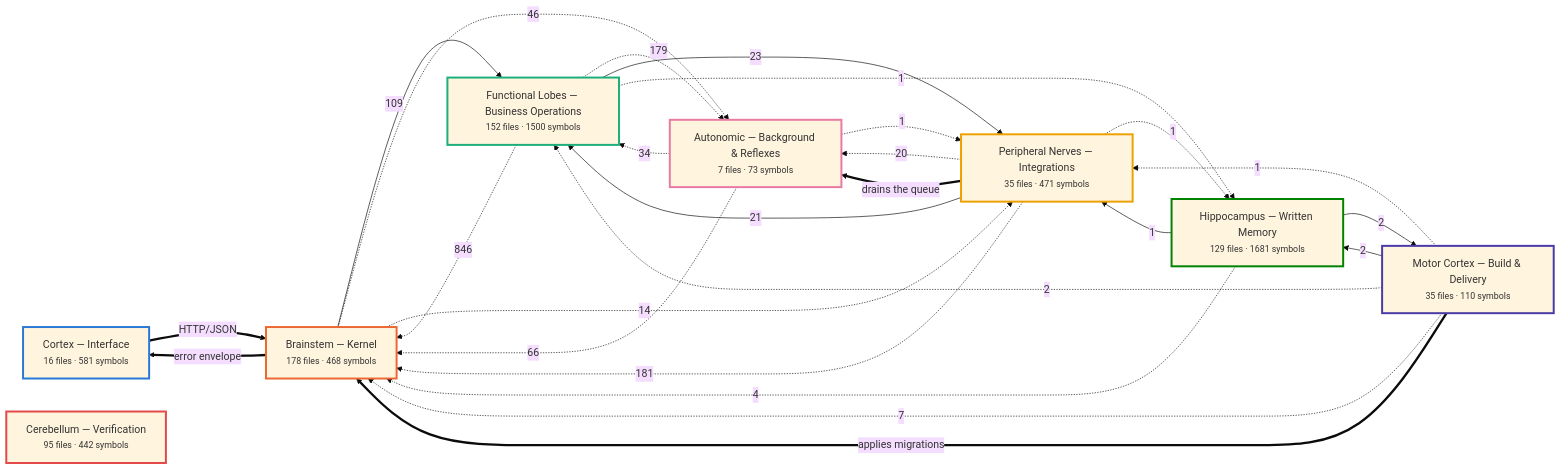
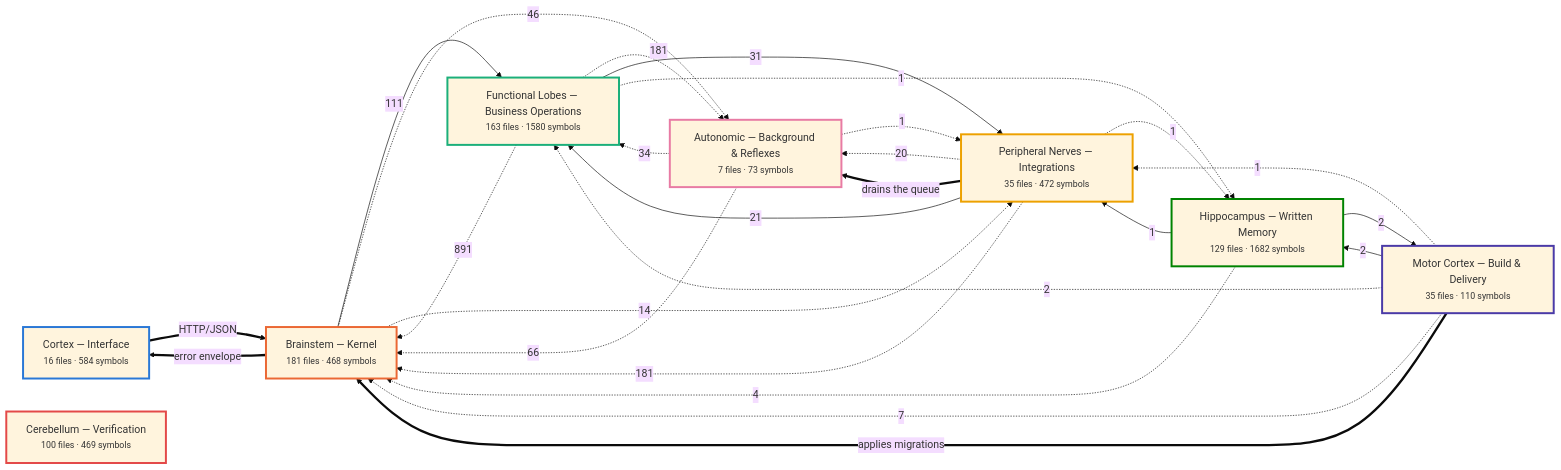
Before and after one commit to Vishalnayak226/custom_erp: the first of 7 diagrams in docs/brain/BRAIN.md, drawn with Mermaid (base theme). The commit also changed other lines of this file and 12 other files, not shown here.

````diff
--- a/docs/brain/BRAIN.md
+++ b/docs/brain/BRAIN.md
@@ -35,52 +35,52 @@
 ```mermaid
 flowchart LR
-  n_cortex["Cortex — Interface<br/><small>16 files · 581 symbols</small>"]
-  n_brainstem["Brainstem — Kernel<br/><small>178 files · 468 symbols</small>"]
-  n_business["Functional Lobes — Business Operations<br/><small>152 files · 1500 symbols</small>"]
-  n_peripheral["Peripheral Nerves — Integrations<br/><small>35 files · 471 symbols</small>"]
+  n_cortex["Cortex — Interface<br/><small>16 files · 584 symbols</small>"]
+  n_brainstem["Brainstem — Kernel<br/><small>181 files · 468 symbols</small>"]
+  n_business["Functional Lobes — Business Operations<br/><small>163 files · 1580 symbols</small>"]
+  n_peripheral["Peripheral Nerves — Integrations<br/><small>35 files · 472 symbols</small>"]
   n_autonomic["Autonomic — Background & Reflexes<br/><small>7 files · 73 symbols</small>"]
-  n_memory["Hippocampus — Written Memory<br/><small>129 files · 1681 symbols</small>"]
+  n_memory["Hippocampus — Written Memory<br/><small>129 files · 1682 symbols</small>"]
   n_motor["Motor Cortex — Build & Delivery<br/><small>35 files · 110 symbols</small>"]
-  n_verification["Cerebellum — Verification<br/><small>95 files · 442 symbols</small>"]
-  n_business -.->|846| n_brainstem
+  n_verification["Cerebellum — Verification<br/><small>100 files · 469 symbols</small>"]
+  n_business -.->|891| n_brainstem
   n_peripheral -.->|181| n_brainstem
-  n_business -.->|179| n_autonomic
-  n_brainstem -->|109| n_business
+  n_business -.->|181| n_autonomic
+  n_brainstem -->|111| n_business
   n_autonomic -.->|66| n_brainstem
   n_brainstem -.->|46| n_autonomic
   n_autonomic -.->|34| n_business
-  n_business -->|23| n_peripheral
+  n_business -->|31| n_peripheral
   n_peripheral -->|21| n_business
   n_peripheral -.->|20| n_autonomic
   n_brainstem -.->|14| n_peripheral
   n_motor -.->|7| n_brainstem
   n_memory -.->|4| n_brainstem
   n_motor -->|2| n_memory
+  n_motor -.->|2| n_business
   n_memory -->|2| n_motor
-  n_motor -.->|2| n_business
-  n_memory -->|1| n_peripheral
   n_peripheral -.->|1| n_memory
+  n_business -.->|1| n_memory
   n_autonomic -.->|1| n_peripheral
   n_motor -.->|1| n_peripheral
-  n_business -.->|1| n_memory
+  n_memory -->|1| n_peripheral
   n_brainstem ==>|error envelope| n_cortex
   n_cortex ==>|HTTP/JSON| n_brainstem
   n_motor ==>|applies migrations| n_brainstem
   n_peripheral ==>|drains the queue| n_autonomic
   classDef n_cortex stroke:#2a78d6,stroke-width:3px;
   class n_cortex n_cortex;
   classDef n_brainstem stroke:#eb6834,stroke-width:3px;
   class n_brainstem n_brainstem;
   classDef n_business stroke:#1baf7a,stroke-width:3px;
   class n_business n_business;
   classDef n_peripheral stroke:#eda100,stroke-width:3px;
   class n_peripheral n_peripheral;
   classDef n_autonomic stroke:#e87ba4,stroke-width:3px;
   class n_autonomic n_autonomic;
   classDef n_memory stroke:#008300,stroke-width:3px;
   class n_memory n_memory;
   classDef n_motor stroke:#4a3aa7,stroke-width:3px;
   class n_motor n_motor;
   classDef n_verification stroke:#e34948,stroke-width:3px;
   class n_verification n_verification;
 ```
````
